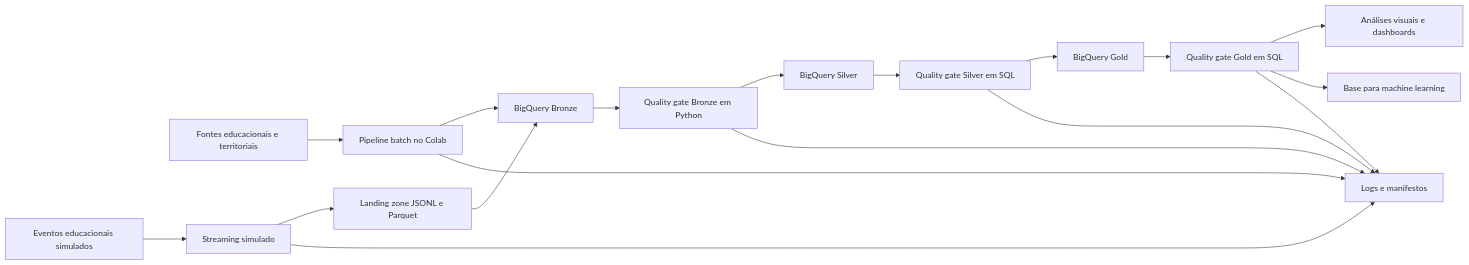
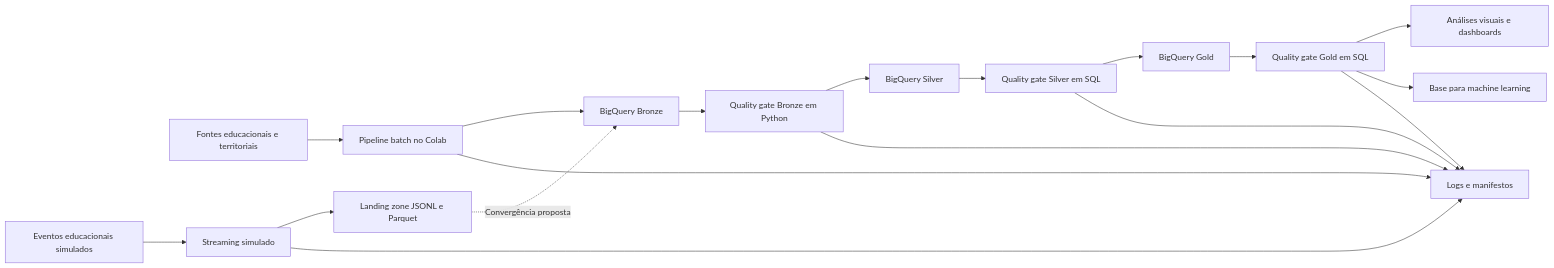
The diagram in docs/arquitetura/arquitetura.md (mathisac/alfabetiza-brasil-data-platform), drawn with Mermaid before and after one commit. The commit also changed other lines of this file and 1 other file, not shown here.

Commit message:
docs: clarify proposed streaming convergence
Update the architecture diagram and documentation to distinguish the proposed streaming-to-Bronze convergence from the isolated implementation currently used.

````diff
--- a/docs/arquitetura/arquitetura.md
+++ b/docs/arquitetura/arquitetura.md
@@ -9,20 +9,20 @@
 ```mermaid
 flowchart LR
     A[Fontes educacionais e territoriais] --> B[Pipeline batch no Colab]
     S[Eventos educacionais simulados] --> T[Streaming simulado]
     B --> BR[BigQuery Bronze]
     T --> L[Landing zone JSONL e Parquet]
-    L --> BR
+    L -.->|Convergência proposta| BR
     BR --> QB[Quality gate Bronze em Python]
     QB --> SI[BigQuery Silver]
     SI --> QS[Quality gate Silver em SQL]
     QS --> GO[BigQuery Gold]
     GO --> QG[Quality gate Gold em SQL]
     QG --> AN[Análises visuais e dashboards]
     QG --> ML[Base para machine learning]
     B --> LG[Logs e manifestos]
     T --> LG
     QB --> LG
     QS --> LG
     QG --> LG
 ```
````
